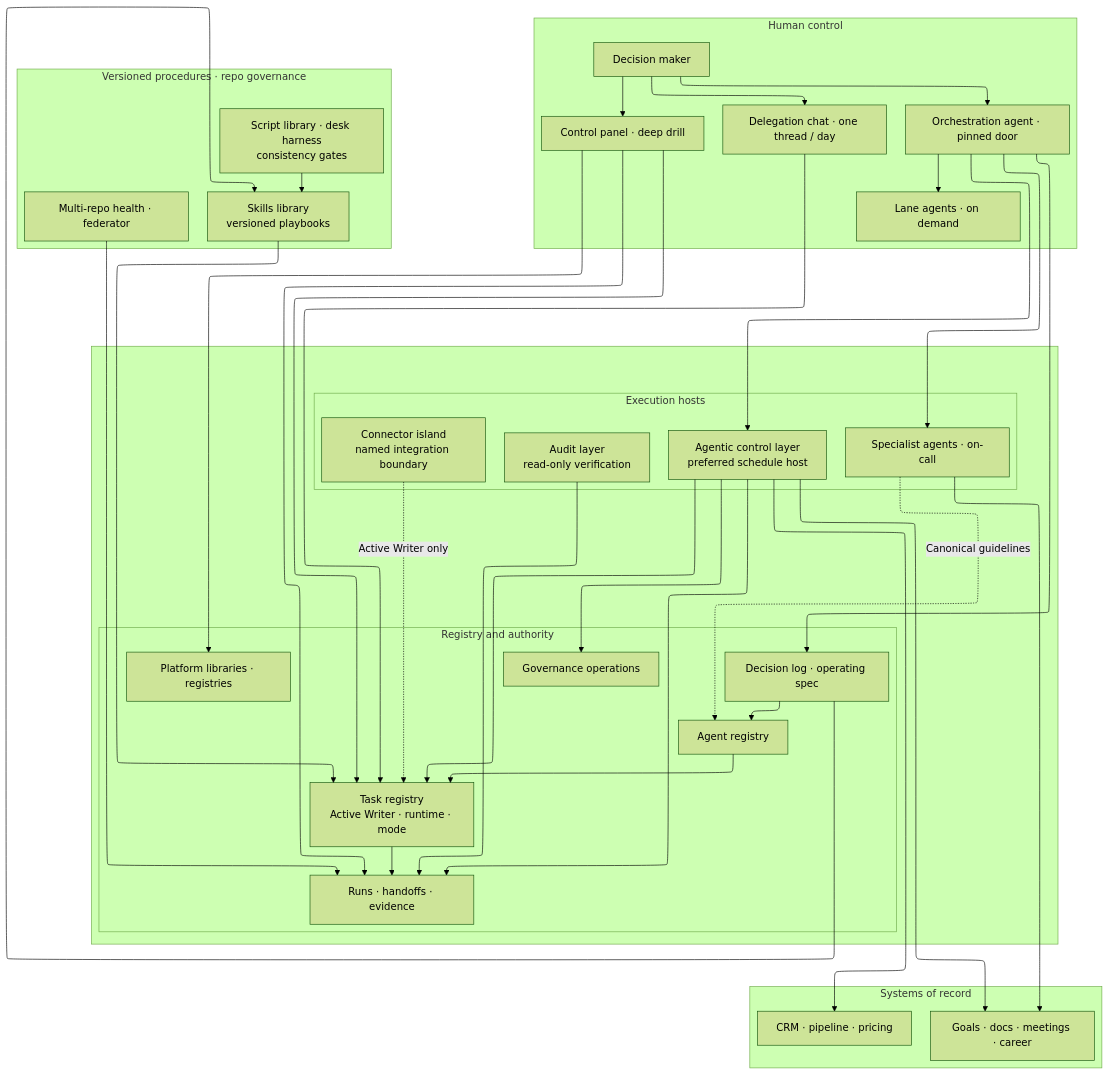
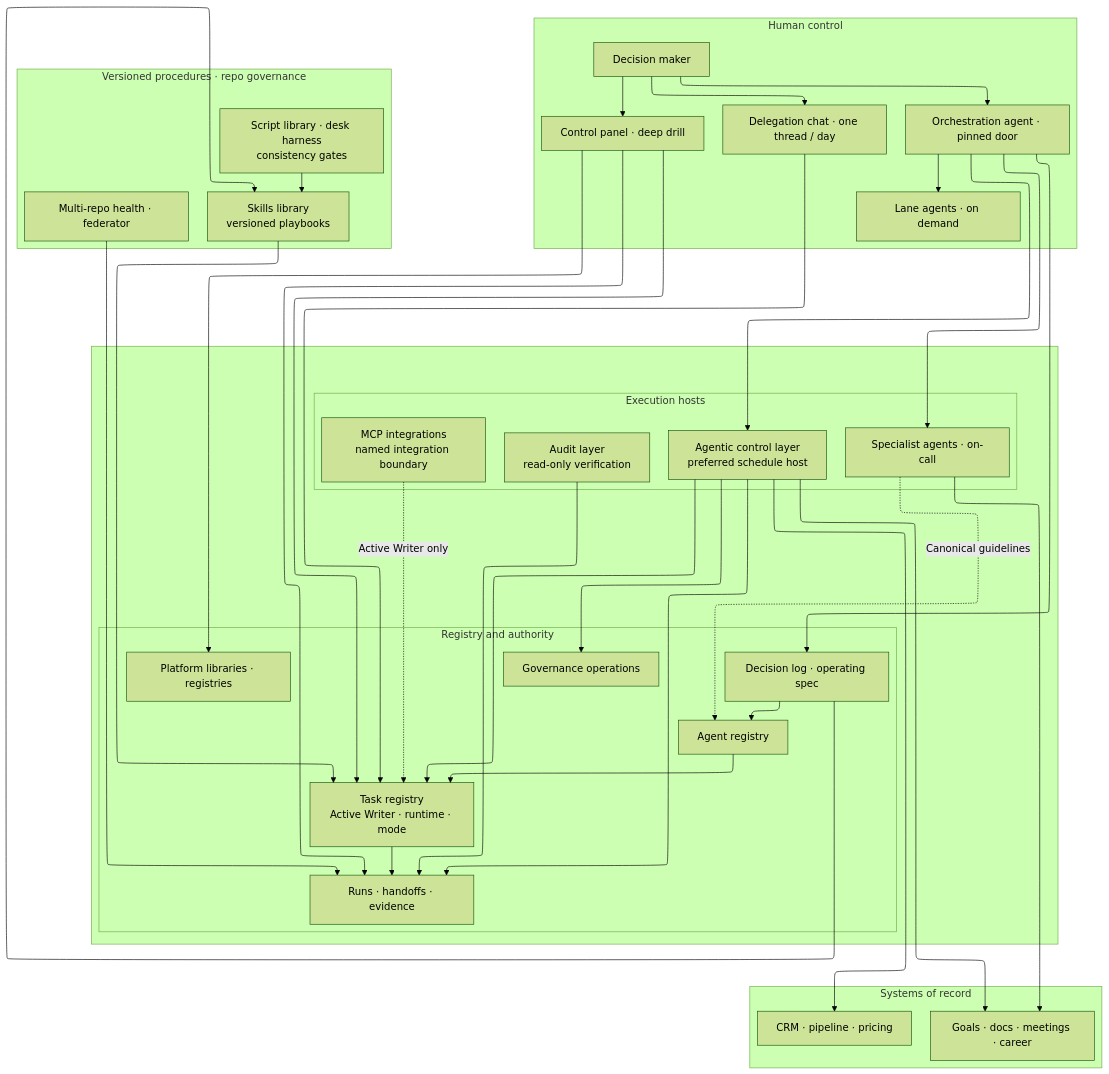
Before and after one commit to clintonpracher/operator-portfolio: the diagram in docs/assets/diagrams/architecture-control-plane-detail.mmd, drawn with Mermaid (forest theme). The commit also changed 17 other files, not shown here.

```diff
--- a/docs/assets/diagrams/architecture-control-plane-detail.mmd
+++ b/docs/assets/diagrams/architecture-control-plane-detail.mmd
@@ -1,72 +1,72 @@
 %%{init: {"flowchart": {"defaultRenderer": "elk"}} }%%
 flowchart TB
   subgraph HUMAN["Human control"]
     DM["Decision maker"]
     ORCH["Orchestration agent · pinned door"]
     LANES["Lane agents · on demand"]
     CHAT["Delegation chat · one thread / day"]
     PANEL["Control panel · deep drill"]
   end
 
   subgraph MID[" "]
     direction LR
 
     subgraph EXEC["Execution hosts"]
       CURSOR["Agentic control layer<br/>preferred schedule host"]
       SHADOW["Audit layer<br/>read-only verification"]
       SPEC["Specialist agents · on-call"]
-      ISLAND["Connector island<br/>named integration boundary"]
+      ISLAND["MCP integrations<br/>named integration boundary"]
     end
 
     subgraph IDENTITY["Registry and authority"]
       DEC["Decision log · operating spec"]
       AR["Agent registry"]
       ATR["Task registry<br/>Active Writer · runtime · mode"]
       RUNS["Runs · handoffs · evidence"]
       GOV["Governance operations"]
       PLATFORM["Platform libraries · registries"]
     end
   end
 
   subgraph REPO["Versioned procedures · repo governance"]
     direction LR
     SKILLS["Skills library<br/>versioned playbooks"]
     HARNESS["Script library · desk harness<br/>consistency gates"]
     FED["Multi-repo health · federator"]
   end
 
   subgraph SYSTEMS["Systems of record"]
     direction LR
     CRM["CRM · pipeline · pricing"]
     NOTION["Goals · docs · meetings · career"]
   end
 
   DM --> ORCH
   DM --> CHAT
   DM --> PANEL
   ORCH --> LANES
   ORCH --> CURSOR
   ORCH --> SPEC
   CHAT --> ATR
   ORCH --> DEC
   PANEL --> ATR
   PANEL --> RUNS
   PANEL --> PLATFORM
 
   DEC --> AR
   AR --> ATR
   ATR --> RUNS
   CURSOR --> ATR
   CURSOR --> RUNS
   CURSOR --> GOV
   SHADOW --> RUNS
   ISLAND -.->|Active Writer only| ATR
   SPEC -.->|Canonical guidelines| AR
 
   CURSOR --> CRM
   CURSOR --> NOTION
   SPEC --> NOTION
   SKILLS --> ATR
   HARNESS --> SKILLS
   FED --> RUNS
   DEC --> SKILLS
```
